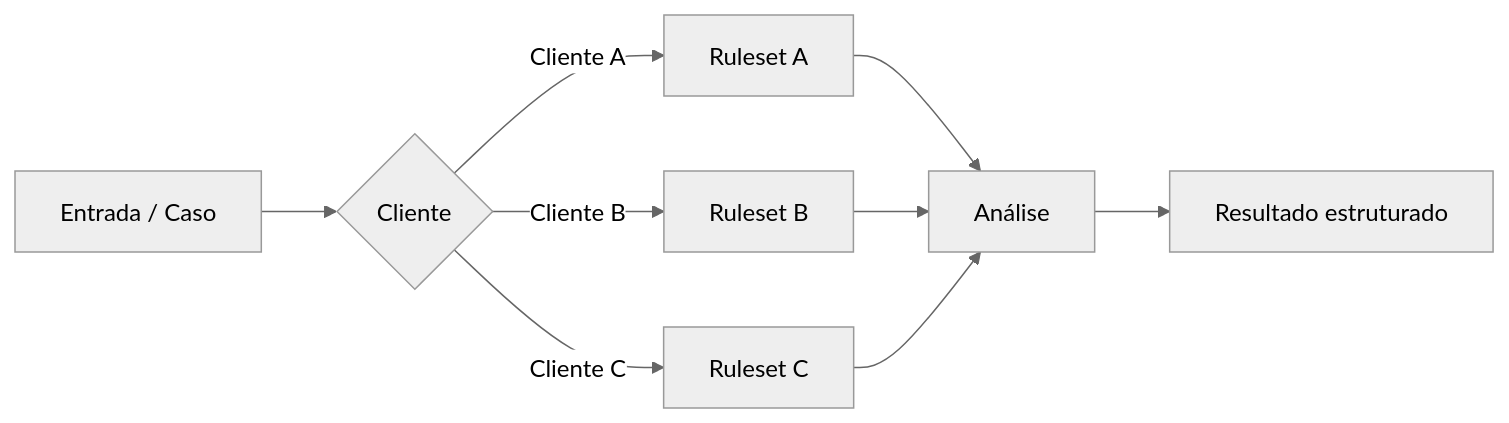
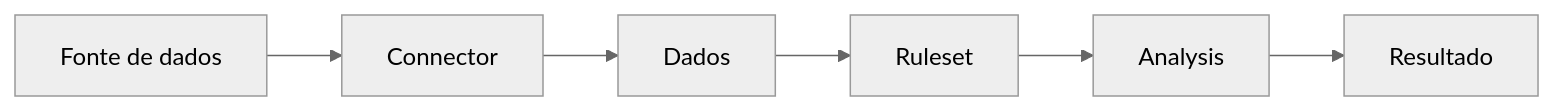
One commit to Work-brain-Trabalhista/.github changed the second of 3 diagrams in profile/README.md. Above: the diagram before and after it, drawn with Mermaid (neutral theme). The commit also changed other lines of this file, not shown here.

````diff
--- a/profile/README.md
+++ b/profile/README.md
@@ -23,14 +291,8 @@
 ```mermaid
 flowchart LR
-    A[Entrada / Caso] --> B{Cliente}
-
-    B -->|Cliente A| C[Ruleset A]
-    B -->|Cliente B| D[Ruleset B]
-    B -->|Cliente C| E[Ruleset C]
-
-    C --> F[Análise]
-    D --> F
-    E --> F
-
-    F --> G[Resultado estruturado]
+    A["Fonte de dados"] --> B["Connector"]
+    B --> C["Dados"]
+    C --> D["Ruleset"]
+    D --> E["Analysis"]
+    E --> F["Resultado"]
 ```
````
